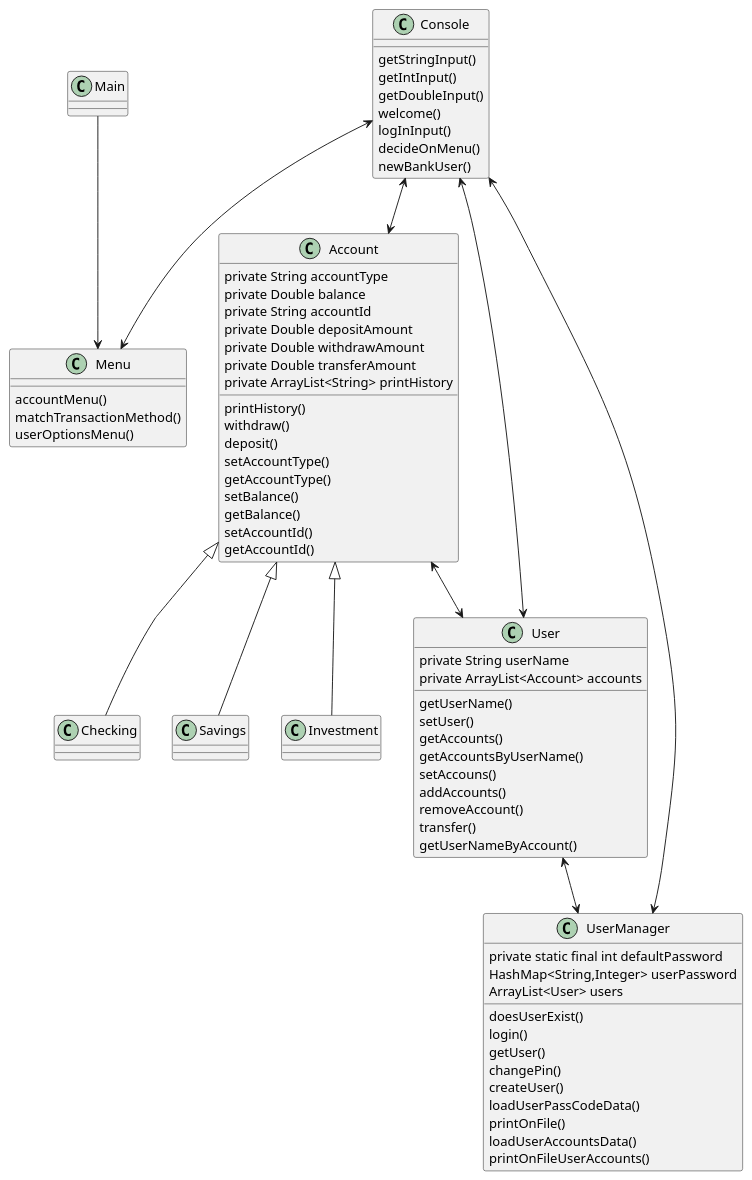
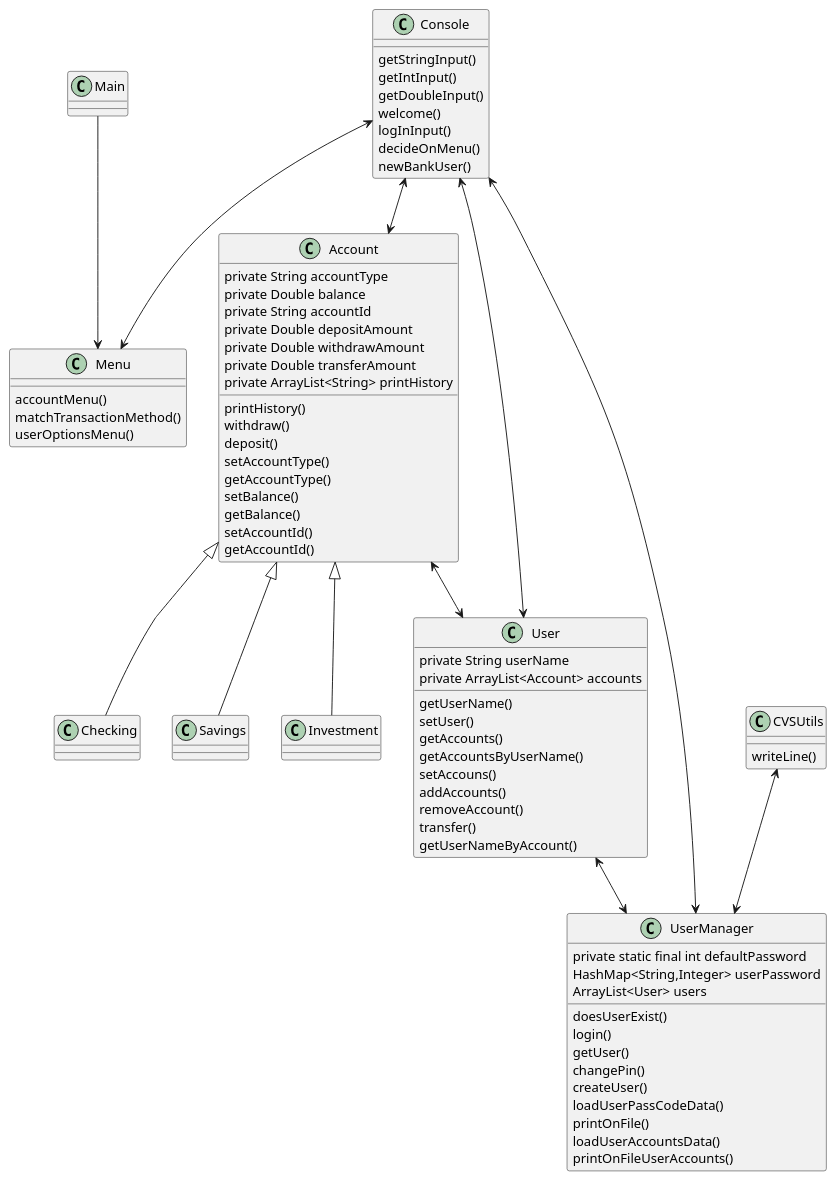
Before and after one commit to ZCW-Java6dot2/atm-c5-christine-gunjan-kyle: the diagram in src/main/java/UML.puml, drawn with PlantUML. The commit also changed 6 other files, not shown here.

```diff
--- a/src/main/java/UML.puml
+++ b/src/main/java/UML.puml
@@ -1,90 +1,95 @@
 @startuml
 class Main{
 }
 class Menu {
 accountMenu()
 matchTransactionMethod()
 userOptionsMenu()
 
 
 }
 class Console{
 getStringInput()
 getIntInput()
 getDoubleInput()
 welcome()
 logInInput()
 decideOnMenu()
 newBankUser()
 
 }
 
 class Account {
    private String accountType
     private Double balance
     private String accountId
     private Double depositAmount
     private Double withdrawAmount
     private Double transferAmount
     private ArrayList<String> printHistory
     printHistory()
     withdraw()
     deposit()
     setAccountType()
     getAccountType()
     setBalance()
     getBalance()
     setAccountId()
     getAccountId()
 
 }
 class Checking {
 }
 class Savings {
 }
 class Investment {
 }
 
 
 Account <|--Checking
 Account <|--Savings
 Account <|--Investment
 class User {
 private String userName
 private ArrayList<Account> accounts
 getUserName()
 setUser()
 getAccounts()
 getAccountsByUserName()
 setAccouns()
 addAccounts()
 removeAccount()
 transfer()
 getUserNameByAccount()
 }
 
  class UserManager{
    private static final int defaultPassword
    HashMap<String,Integer> userPassword
    ArrayList<User> users
 
    doesUserExist()
    login()
    getUser()
    changePin()
    createUser()
    loadUserPassCodeData()
    printOnFile()
    loadUserAccountsData()
    printOnFileUserAccounts()
 
  }
+class CVSUtils
+{
+writeLine()
+}
+CVSUtils <--> UserManager
 
 Main --> Menu
 Console <--> Menu
 Console <--> Account
 Console <--> User
 Console <--> UserManager
 User <--> UserManager
 Account  <--> User
 @enduml
```
